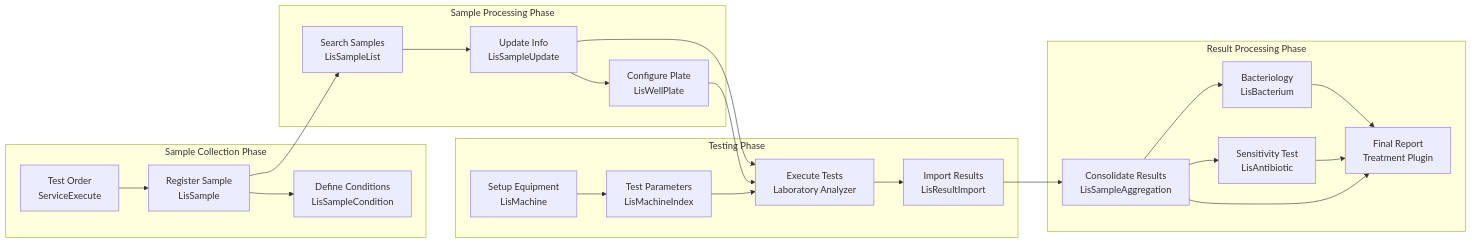
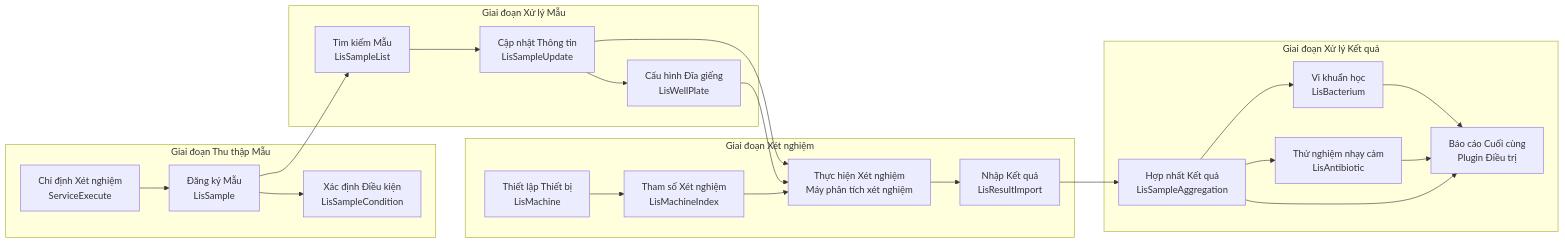
The second of 9 diagrams in docs/his-ba-documentation/03-business-domains/laboratory/lis-plugins.md (thangpnb/HIS), drawn with Mermaid before and after one commit. The commit also changed other lines of this file and 30 other files, not shown here.

Commit message:
Refactor architecture docs and update translations

````diff
--- a/docs/his-ba-documentation/03-business-domains/laboratory/lis-plugins.md
+++ b/docs/his-ba-documentation/03-business-domains/laboratory/lis-plugins.md
@@ -98,47 +98,47 @@
 ```mermaid
 graph LR
-    subgraph "Sample Collection Phase"
-        TestOrder["Test Order<br/>ServiceExecute"]
-        CreateSample["Register Sample<br/>LisSample"]
-        SetCondition["Define Conditions<br/>LisSampleCondition"]
+    subgraph "Giai đoạn Thu thập Mẫu"
+        TestOrder["Chỉ định Xét nghiệm<br/>ServiceExecute"]
+        CreateSample["Đăng ký Mẫu<br/>LisSample"]
+        SetCondition["Xác định Điều kiện<br/>LisSampleCondition"]
     end
     
-    subgraph "Sample Processing Phase"
-        ViewSamples["Search Samples<br/>LisSampleList"]
-        UpdateSample["Update Info<br/>LisSampleUpdate"]
-        SetupPlate["Configure Plate<br/>LisWellPlate"]
+    subgraph "Giai đoạn Xử lý Mẫu"
+        ViewSamples["Tìm kiếm Mẫu<br/>LisSampleList"]
+        UpdateSample["Cập nhật Thông tin<br/>LisSampleUpdate"]
+        SetupPlate["Cấu hình Đĩa giếng<br/>LisWellPlate"]
     end
     
-    subgraph "Testing Phase"
-        ConfigMachine["Setup Equipment<br/>LisMachine"]
-        ConfigIndex["Test Parameters<br/>LisMachineIndex"]
-        RunTest["Execute Tests<br/>Laboratory Analyzer"]
-        ImportResult["Import Results<br/>LisResultImport"]
+    subgraph "Giai đoạn Xét nghiệm"
+        ConfigMachine["Thiết lập Thiết bị<br/>LisMachine"]
+        ConfigIndex["Tham số Xét nghiệm<br/>LisMachineIndex"]
+        RunTest["Thực hiện Xét nghiệm<br/>Máy phân tích xét nghiệm"]
+        ImportResult["Nhập Kết quả<br/>LisResultImport"]
     end
     
-    subgraph "Result Processing Phase"
-        Aggregate["Consolidate Results<br/>LisSampleAggregation"]
-        BactTest["Bacteriology<br/>LisBacterium"]
-        AntiTest["Sensitivity Test<br/>LisAntibiotic"]
-        FinalResult["Final Report<br/>Treatment Plugin"]
+    subgraph "Giai đoạn Xử lý Kết quả"
+        Aggregate["Hợp nhất Kết quả<br/>LisSampleAggregation"]
+        BactTest["Vi khuẩn học<br/>LisBacterium"]
+        AntiTest["Thử nghiệm nhạy cảm<br/>LisAntibiotic"]
+        FinalResult["Báo cáo Cuối cùng<br/>Plugin Điều trị"]
     end
     
     TestOrder --> CreateSample
     CreateSample --> SetCondition
     CreateSample --> ViewSamples
     ViewSamples --> UpdateSample
     UpdateSample --> SetupPlate
     
     ConfigMachine --> ConfigIndex
     UpdateSample --> RunTest
     SetupPlate --> RunTest
     ConfigIndex --> RunTest
     RunTest --> ImportResult
     
     ImportResult --> Aggregate
     Aggregate --> BactTest
     Aggregate --> AntiTest
     BactTest --> FinalResult
     AntiTest --> FinalResult
     Aggregate --> FinalResult
 ```
````
